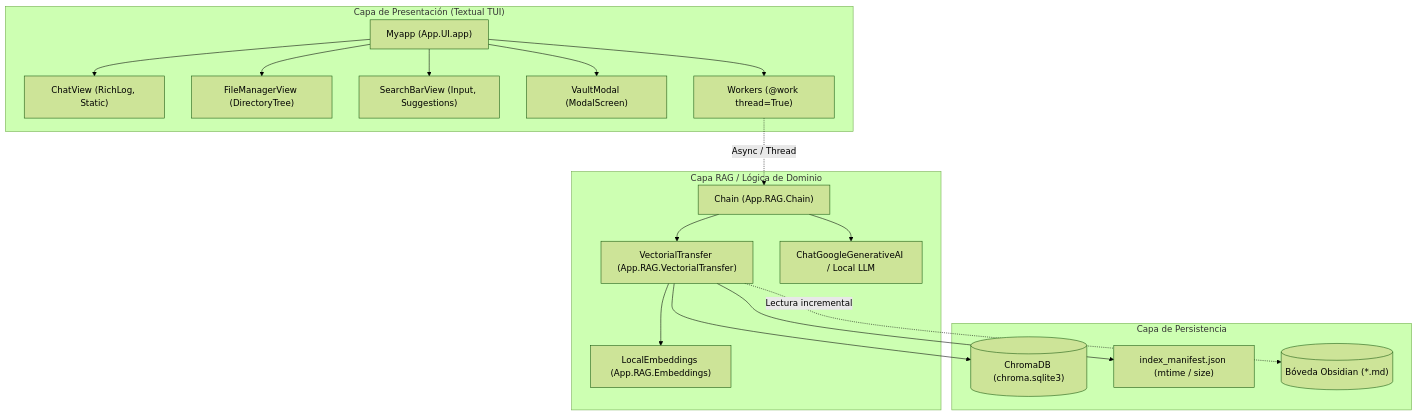
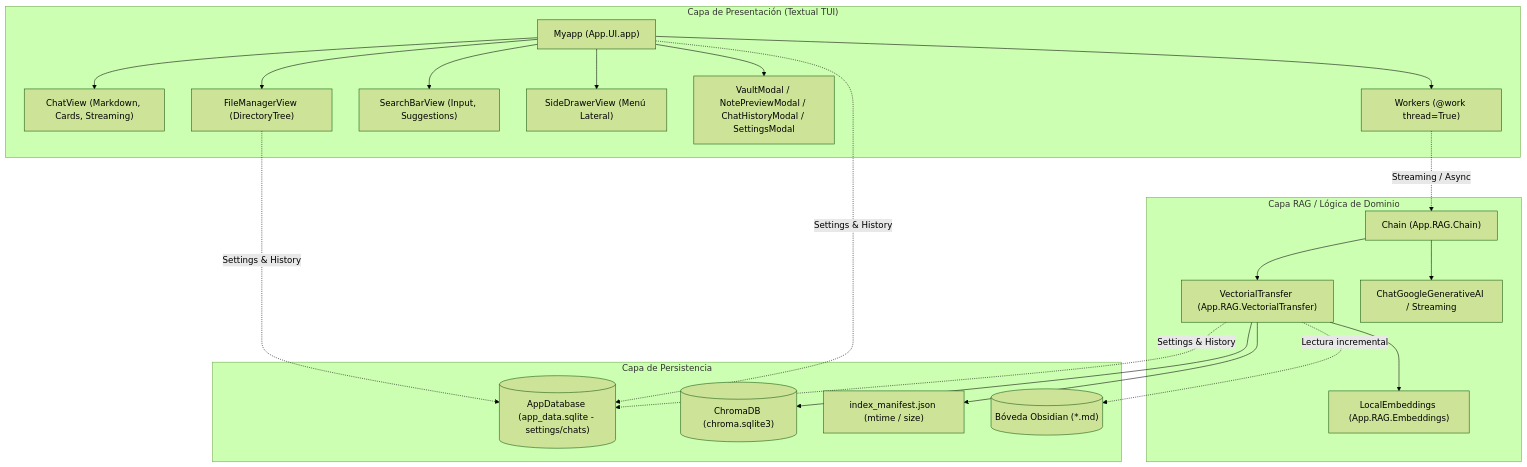
Before and after one commit to Alerrsi/lazy-rag-obsidian: the diagram in AGENTS.md, drawn with Mermaid (forest theme). The commit also changed other lines of this file and 13 other files, not shown here.

````diff
--- a/AGENTS.md
+++ b/AGENTS.md
@@ -23,31 +26,34 @@
 ```mermaid
 flowchart TD
     subgraph UI ["Capa de Presentación (Textual TUI)"]
         App["Myapp (App.UI.app)"]
-        Chat["ChatView (RichLog, Static)"]
+        Chat["ChatView (Markdown, Cards, Streaming)"]
         FileManager["FileManagerView (DirectoryTree)"]
         SearchBar["SearchBarView (Input, Suggestions)"]
-        Modal["VaultModal (ModalScreen)"]
+        Drawer["SideDrawerView (Menú Lateral)"]
+        Modals["VaultModal / NotePreviewModal / ChatHistoryModal / SettingsModal"]
         Workers["Workers (@work thread=True)"]
     end
 
     subgraph RAG ["Capa RAG / Lógica de Dominio"]
         Chain["Chain (App.RAG.Chain)"]
         Transfer["VectorialTransfer (App.RAG.VectorialTransfer)"]
         Embeddings["LocalEmbeddings (App.RAG.Embeddings)"]
-        LLM["ChatGoogleGenerativeAI / Local LLM"]
+        LLM["ChatGoogleGenerativeAI / Streaming"]
     end
 
     subgraph DB ["Capa de Persistencia"]
+        SQLite[("AppDatabase (app_data.sqlite - settings/chats)")]
         Chroma[("ChromaDB (chroma.sqlite3)")]
         Manifest["index_manifest.json (mtime / size)"]
         Vault[("Bóveda Obsidian (*.md)")]
     end
 
-    App --> Chat & FileManager & SearchBar & Modal
+    App --> Chat & FileManager & SearchBar & Drawer & Modals
     App --> Workers
-    Workers -.->|Async / Thread| Chain
+    Workers -.->|Streaming / Async| Chain
     Chain --> Transfer & LLM
     Transfer --> Embeddings & Chroma & Manifest
     Transfer -.->|Lectura incremental| Vault
+    App & FileManager & Transfer -.->|Settings & History| SQLite
 ```
````
